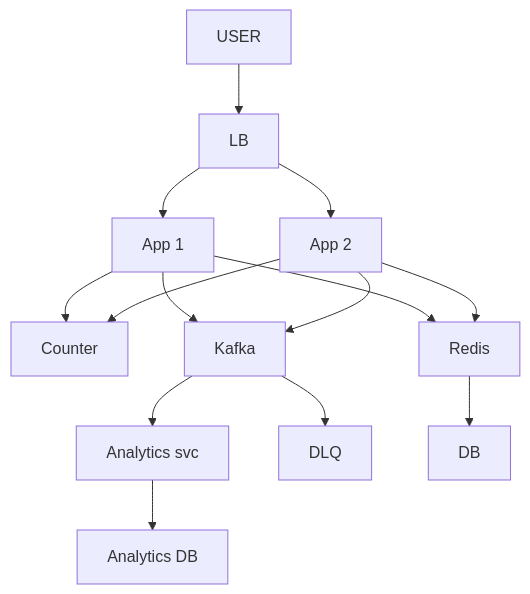
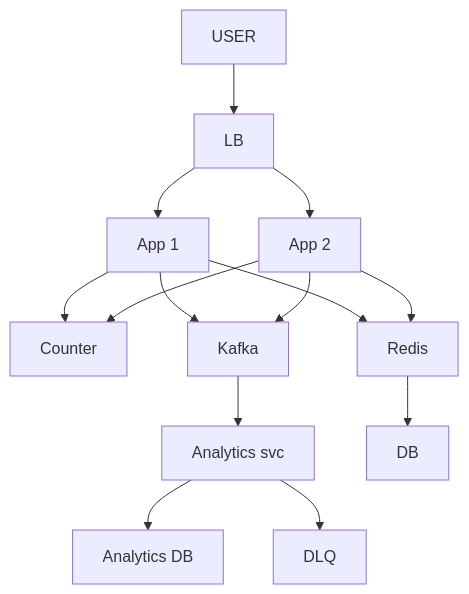
One commit to ArpanMaheshwari144/Prep changed the fifth of 10 diagrams in 04_HLD/SYSTEM_DESIGNS/01_url_shortener/01_url_shortener.md. Above: the diagram before and after it, drawn with Mermaid. The commit also changed other lines of this file and 12 other files, not shown here.

````diff
--- a/04_HLD/SYSTEM_DESIGNS/01_url_shortener/01_url_shortener.md
+++ b/04_HLD/SYSTEM_DESIGNS/01_url_shortener/01_url_shortener.md
@@ -204,27 +204,27 @@
 ```mermaid
 flowchart TD
     n_USER["USER"]
     n_LB["LB"]
     n_App_x_N_1["App 1"]
     n_App_x_N_2["App 2"]
     n_Counter["Counter"]
     n_Kafka["Kafka"]
     n_Analytics_svc["Analytics svc"]
     n_Analytics_DB["Analytics DB"]
     n_DLQ["DLQ"]
     n_Redis["Redis"]
     n_DB["DB"]
     n_USER --> n_LB
     n_LB --> n_App_x_N_1
     n_LB --> n_App_x_N_2
     n_App_x_N_1 --> n_Counter
     n_App_x_N_2 --> n_Counter
     n_App_x_N_1 --> n_Kafka
     n_App_x_N_2 --> n_Kafka
     n_App_x_N_1 --> n_Redis
     n_App_x_N_2 --> n_Redis
     n_Kafka --> n_Analytics_svc
-    n_Kafka --> n_DLQ
     n_Analytics_svc --> n_Analytics_DB
     n_Redis --> n_DB
+    n_Analytics_svc --> n_DLQ
 ```
````
